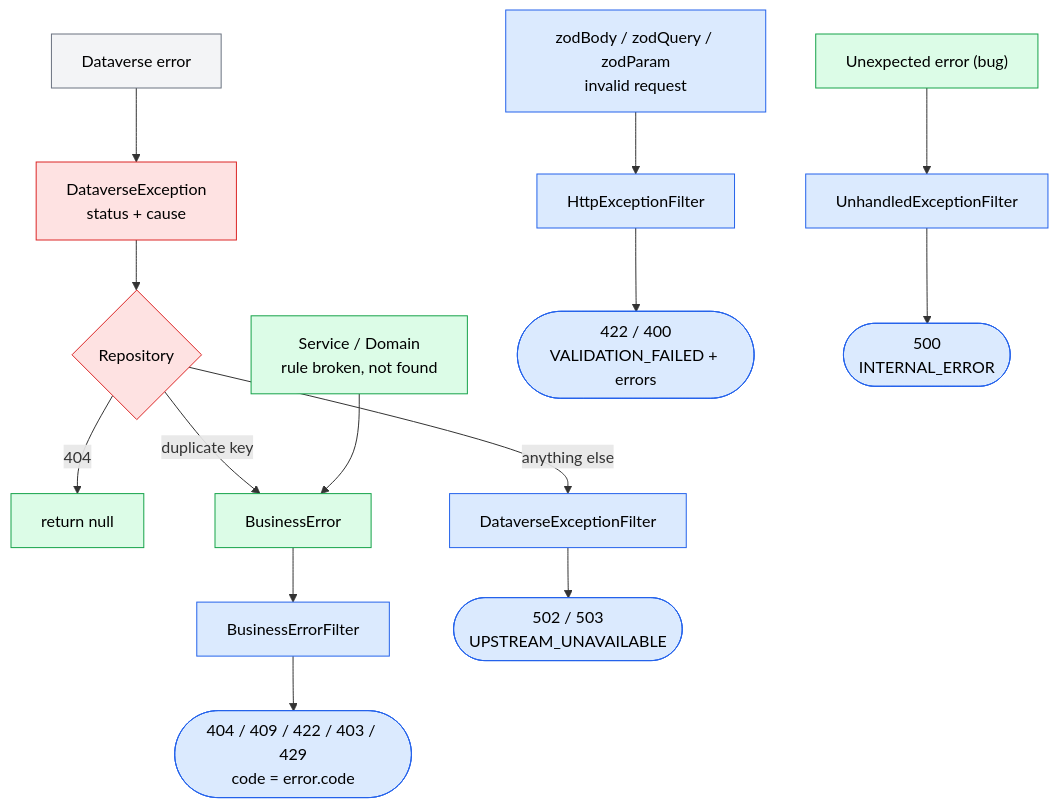
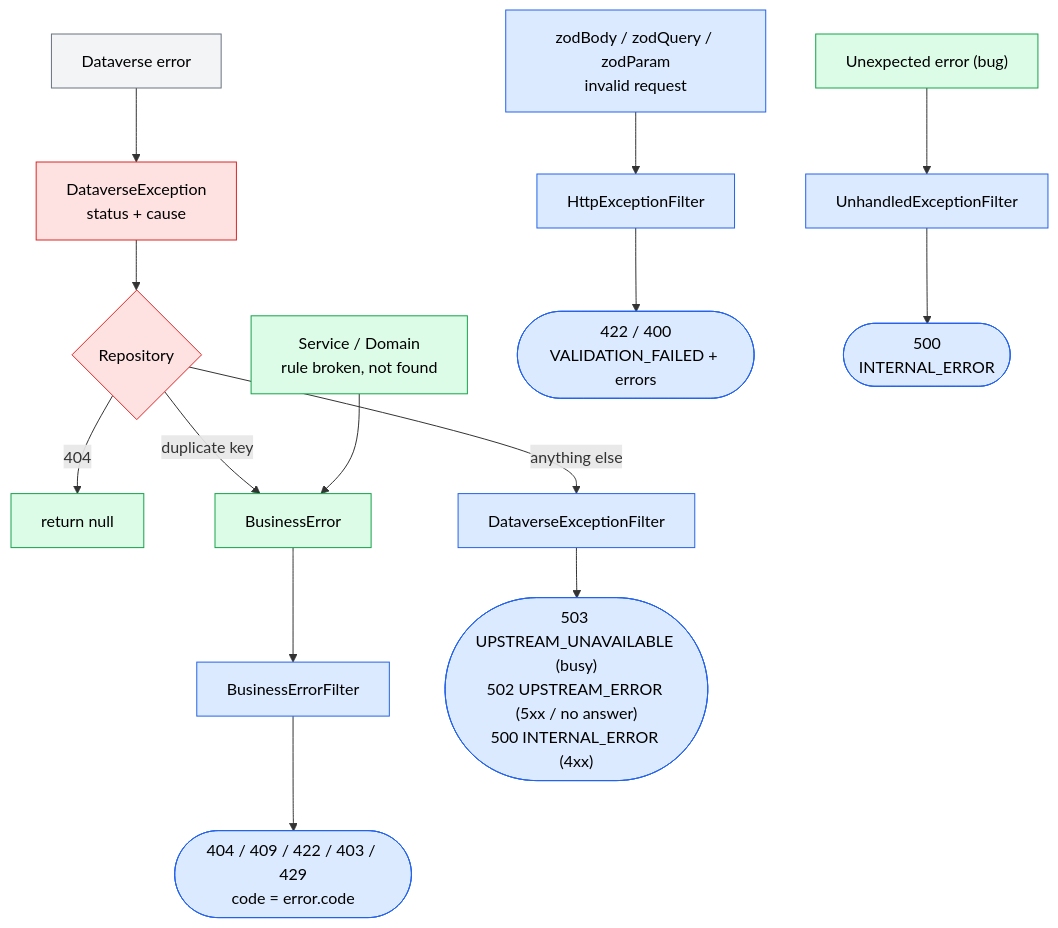
One commit to ahmed-nasr-ali/PHD_Backend_API_Layer changed the fourth of 4 diagrams in docs/flow.md. Above: the diagram before and after it, drawn with Mermaid. The commit also changed other lines of this file and 55 other files, not shown here.

````diff
--- a/docs/flow.md
+++ b/docs/flow.md
@@ -108,25 +108,25 @@
 ```mermaid
 flowchart TB
     S1["Dataverse error"] --> S2["DataverseException<br/>status + cause"]
     S2 --> S3{"Repository"}
     S3 -->|404| N["return null"]
     S3 -->|duplicate key| AE["BusinessError"]
     S3 -->|anything else| F2["DataverseExceptionFilter"]
     U["Service / Domain<br/>rule broken, not found"] --> AE
     AE --> F1["BusinessErrorFilter"]
     F1 --> H1(["404 / 409 / 422 / 403 / 429<br/>code = error.code"])
-    F2 --> H2(["502 / 503<br/>UPSTREAM_UNAVAILABLE"])
+    F2 --> H2(["503 UPSTREAM_UNAVAILABLE (busy)<br/>502 UPSTREAM_ERROR (5xx / no answer)<br/>500 INTERNAL_ERROR (4xx)"])
     V["zodBody / zodQuery / zodParam<br/>invalid request"] --> F3["HttpExceptionFilter"]
     F3 --> H3(["422 / 400<br/>VALIDATION_FAILED + errors"])
     B["Unexpected error (bug)"] --> F4["UnhandledExceptionFilter"]
     F4 --> H4(["500<br/>INTERNAL_ERROR"])
 
     classDef pres fill:#dbeafe,stroke:#2563eb,color:#000
     classDef app fill:#dcfce7,stroke:#16a34a,color:#000
     classDef infra fill:#fee2e2,stroke:#dc2626,color:#000
     classDef ext fill:#f3f4f6,stroke:#6b7280,color:#000
     class F1,F2,F3,F4,H1,H2,H3,H4,V pres
     class U,AE,N,B app
     class S2,S3 infra
     class S1 ext
 ```
````
